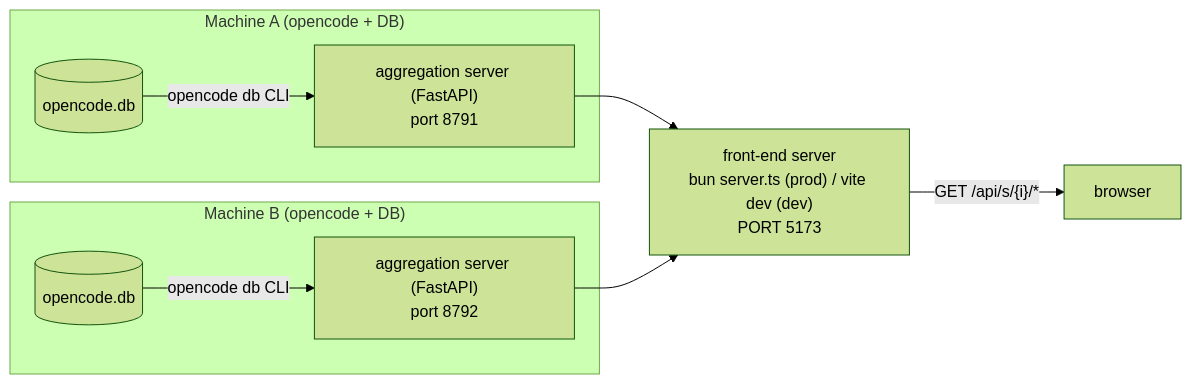
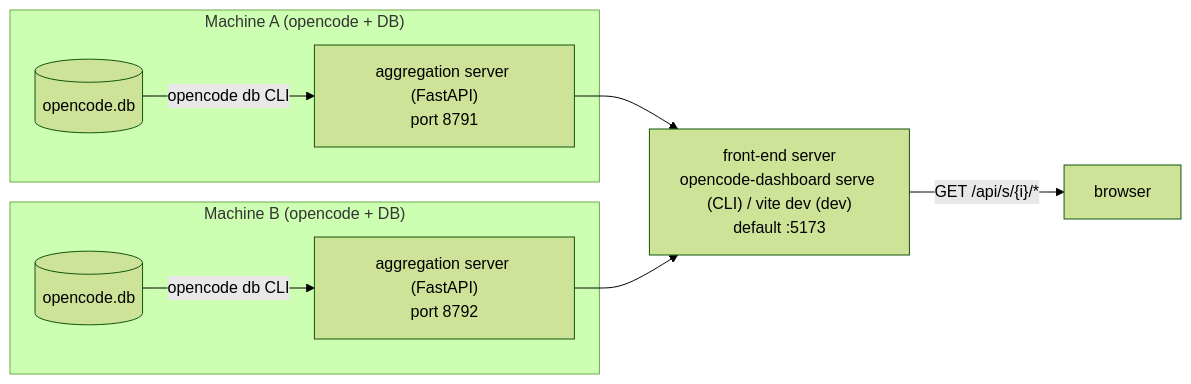
Before and after one commit to GCS-ZHN/opencode-dashboard: the diagram in README.md, drawn with Mermaid (forest theme). The commit also changed other lines of this file and 12 other files, not shown here.

````diff
--- a/README.md
+++ b/README.md
@@ -16,16 +16,16 @@
 ```mermaid
 flowchart LR
     subgraph HostA["Machine A (opencode + DB)"]
         DB1[(opencode.db)] -->|"opencode db CLI"| S1["aggregation server (FastAPI)
 port 8791"]
     end
     subgraph HostB["Machine B (opencode + DB)"]
         DB2[(opencode.db)] -->|"opencode db CLI"| S2["aggregation server (FastAPI)
 port 8792"]
     end
     S1 --> FE["front-end server
-bun server.ts (prod) / vite dev (dev)
-PORT 5173"]
+opencode-dashboard serve (CLI) / vite dev (dev)
+default :5173"]
     S2 --> FE
     FE -->|"GET /api/s/{i}/*"| B["browser"]
 ```
````
